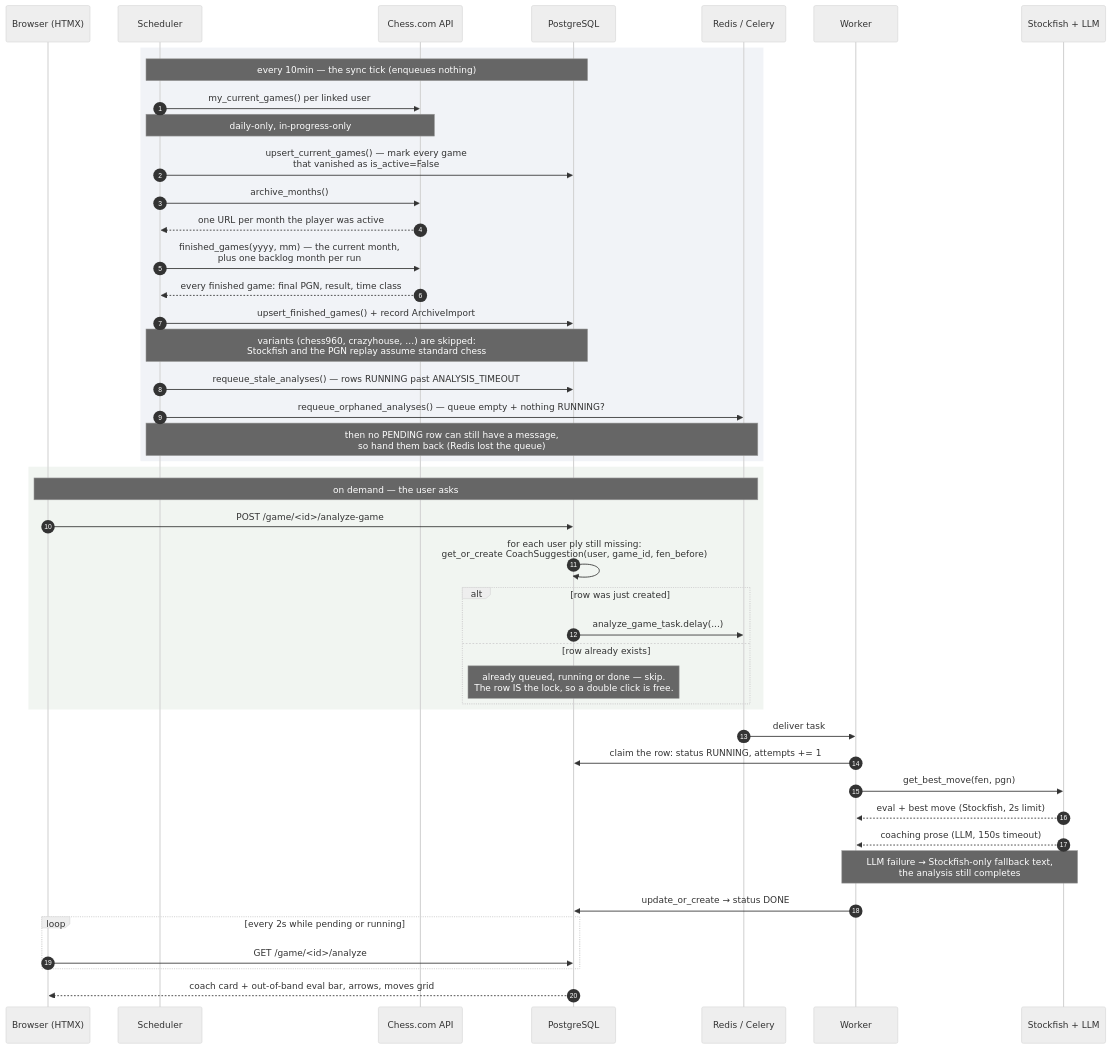
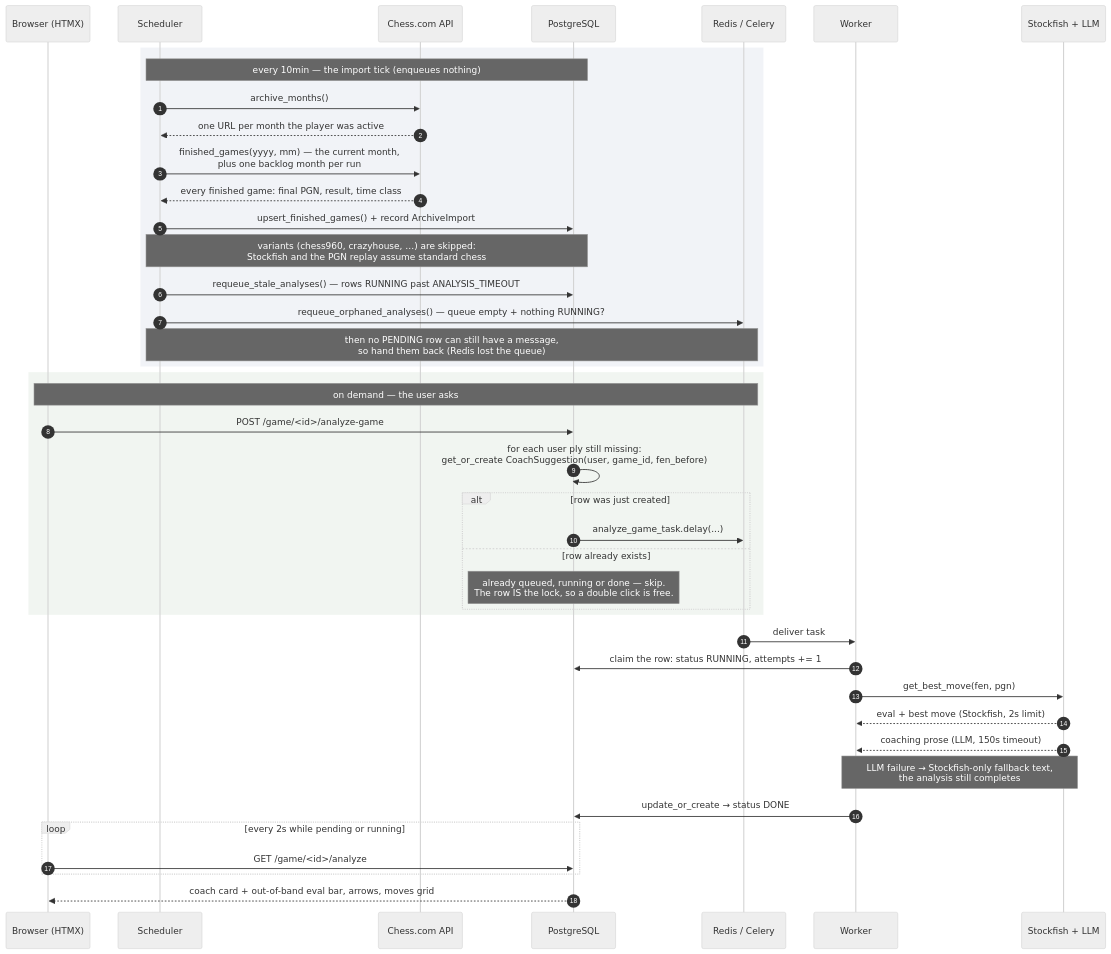
One commit to gab-25/chessdotcom_ai_coach changed the second of 2 diagrams in docs/architecture.md. Above: the diagram before and after it, drawn with Mermaid (neutral theme). The commit also changed other lines of this file and 13 other files, not shown here.

````diff
--- a/docs/architecture.md
+++ b/docs/architecture.md
@@ -83,53 +83,49 @@
 ```mermaid
 sequenceDiagram
     autonumber
     participant B as Browser (HTMX)
     participant S as Scheduler
     participant C as Chess.com API
     participant DB as PostgreSQL
     participant Q as Redis / Celery
     participant W as Worker
     participant E as Stockfish + LLM
 
     rect rgba(120,140,180,0.10)
-    Note over S,DB: every 10min — the sync tick (enqueues nothing)
-    S->>C: my_current_games() per linked user
-    Note over S,C: daily-only, in-progress-only
-    S->>DB: upsert_current_games() — mark every game<br/>that vanished as is_active=False
-
+    Note over S,DB: every 10min — the import tick (enqueues nothing)
     S->>C: archive_months()
     C-->>S: one URL per month the player was active
     S->>C: finished_games(yyyy, mm) — the current month,<br/>plus one backlog month per run
     C-->>S: every finished game: final PGN, result, time class
     S->>DB: upsert_finished_games() + record ArchiveImport
     Note over S,DB: variants (chess960, crazyhouse, …) are skipped:<br/>Stockfish and the PGN replay assume standard chess
 
     S->>DB: requeue_stale_analyses() — rows RUNNING past ANALYSIS_TIMEOUT
     S->>Q: requeue_orphaned_analyses() — queue empty + nothing RUNNING?
     Note over S,Q: then no PENDING row can still have a message,<br/>so hand them back (Redis lost the queue)
     end
 
     rect rgba(120,160,120,0.10)
     Note over B,Q: on demand — the user asks
     B->>DB: POST /game/<id>/analyze-game
     DB->>DB: for each user ply still missing:<br/>get_or_create CoachSuggestion(user, game_id, fen_before)
     alt row was just created
         DB->>Q: analyze_game_task.delay(...)
     else row already exists
         Note over DB: already queued, running or done — skip.<br/>The row IS the lock, so a double click is free.
     end
     end
 
     Q->>W: deliver task
     W->>DB: claim the row: status RUNNING, attempts += 1
     W->>E: get_best_move(fen, pgn)
     E-->>W: eval + best move (Stockfish, 2s limit)
     E-->>W: coaching prose (LLM, 150s timeout)
     Note over W,E: LLM failure → Stockfish-only fallback text,<br/>the analysis still completes
     W->>DB: update_or_create → status DONE
 
     loop every 2s while pending or running
         B->>DB: GET /game/<id>/analyze
     end
     DB-->>B: coach card + out-of-band eval bar, arrows, moves grid
 ```
````
